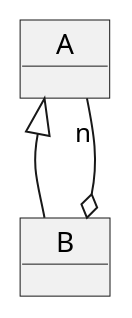
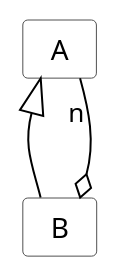
The diagram in imagens/modelos-07/mod07ima06/mod07ima06.plantuml (kyriosdata/oo), drawn with PlantUML before and after one commit. The commit also changed 4 other files, not shown here.

```diff
--- a/imagens/modelos-07/mod07ima06/mod07ima06.plantuml
+++ b/imagens/modelos-07/mod07ima06/mod07ima06.plantuml
@@ -1,6 +1,15 @@
 @startuml mod07ima06
-object "   A   " as a
-object "   B   " as b
+hide circle
+hide methods
+hide empty members
+
+skinparam class {
+    BackgroundColor White
+    ArrowColor Black
+    BorderColor #505050
+}
+class "   A   " as a
+class "   B   " as b
 a <|-- b
 a "n"--o b
 @enduml
```
